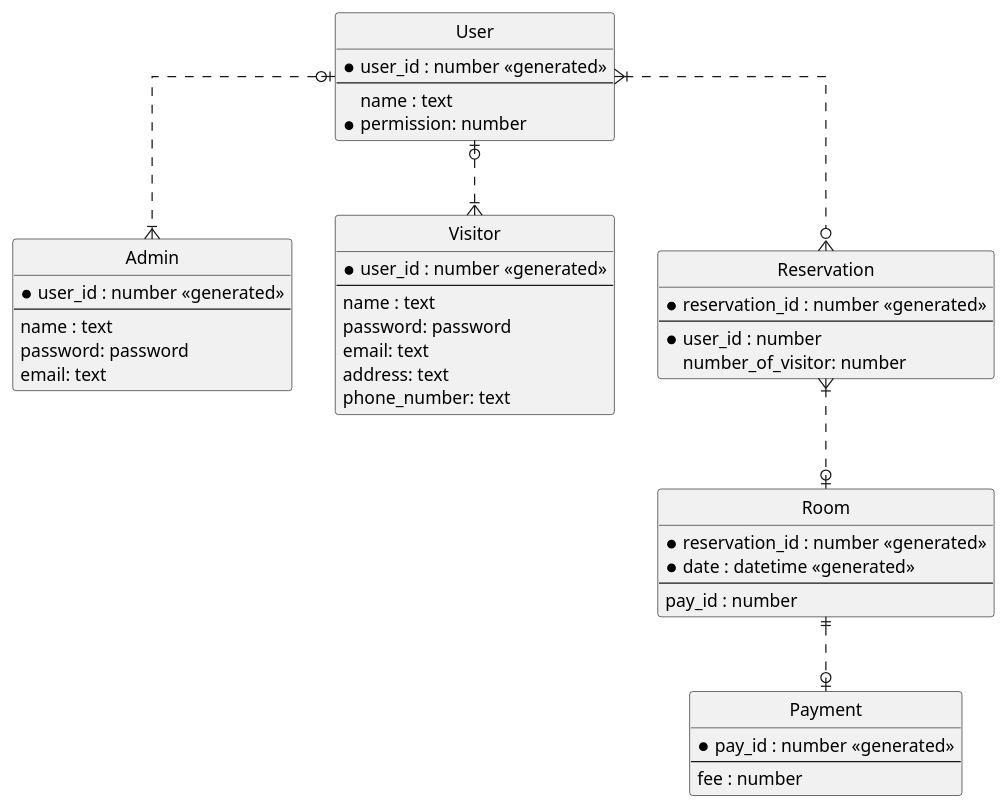
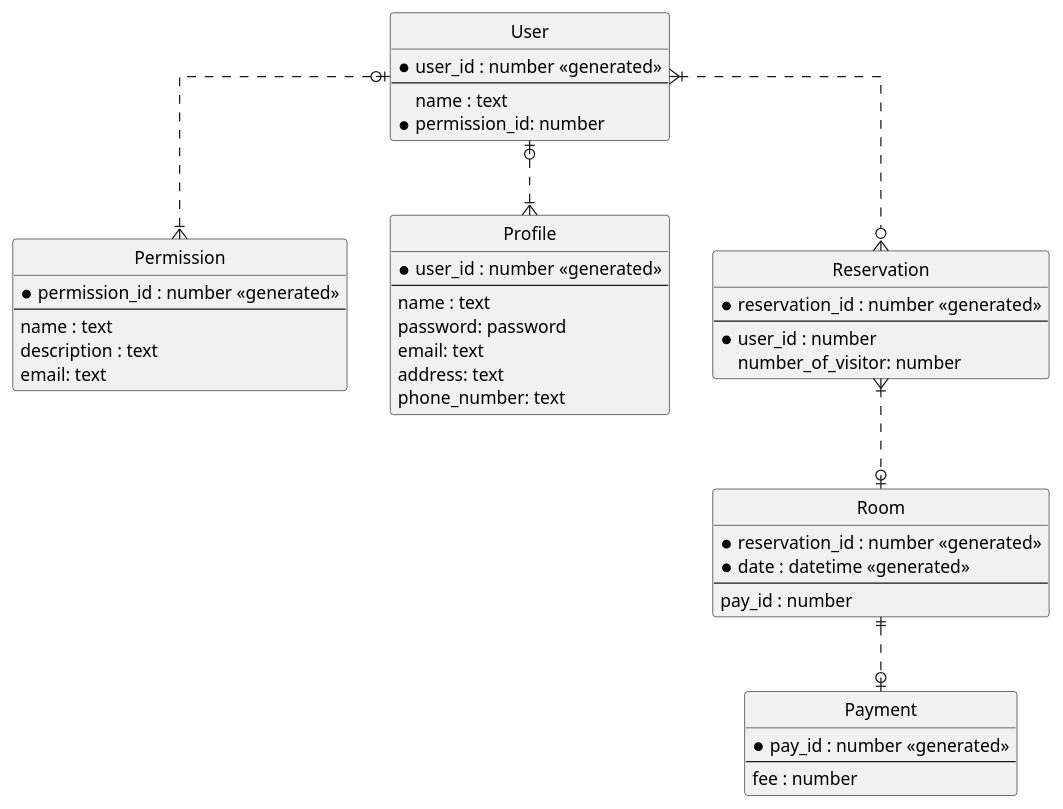
One commit to Taurin190/kotlin-minpaku changed the diagram in doc/schema.md. Above: the diagram before and after it, drawn with PlantUML. The commit also changed 4 other files, not shown here.

Commit message:
add user entity

````diff
--- a/doc/schema.md
+++ b/doc/schema.md
@@ -1,60 +1,60 @@
 ```plantuml
 ' hide the spot
 hide circle
 
 ' avoid problems with angled crows feet
 skinparam linetype ortho
 
 entity "User" as user {
   *user_id : number <<generated>>
   --
   name : text
-  *permission: number
+  *permission_id: number
 }
 
-entity "Admin" as admin {
-  *user_id : number <<generated>>
+entity "Permission" as per {
+  *permission_id : number <<generated>>
   --
   name : text
-  password: password
+  description : text
   email: text
 }
 
-entity "Visitor" as vis {
+entity "Profile" as pro {
   *user_id : number <<generated>>
   --
   name : text
   password: password
   email: text
   address: text
   phone_number: text
 }
 
-user |o..|{ admin
-user |o..|{ vis
+user |o..|{ per
+user |o..|{ pro
 
 entity "Reservation" as res {
   *reservation_id : number <<generated>>
   --
   *user_id : number
   number_of_visitor: number
 }
 
 entity "Room" as room {
   *reservation_id : number <<generated>>
   *date : datetime <<generated>>
   --
   pay_id : number
 }
 
 entity "Payment" as pay {
   *pay_id : number <<generated>>
   --
   fee : number
 }
 
 
 user }|..o{ res
 res }|..o| room
 room ||..o| pay
 ```
````
